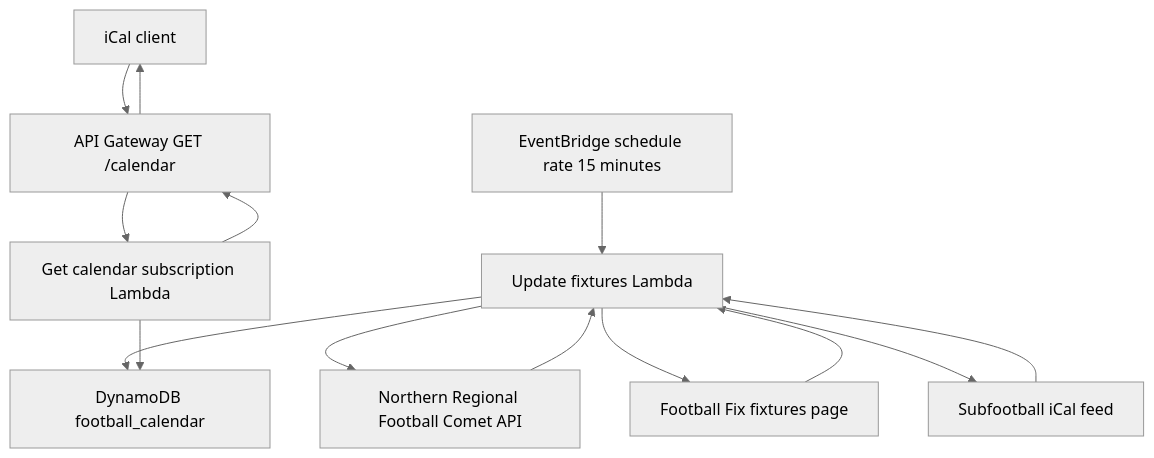
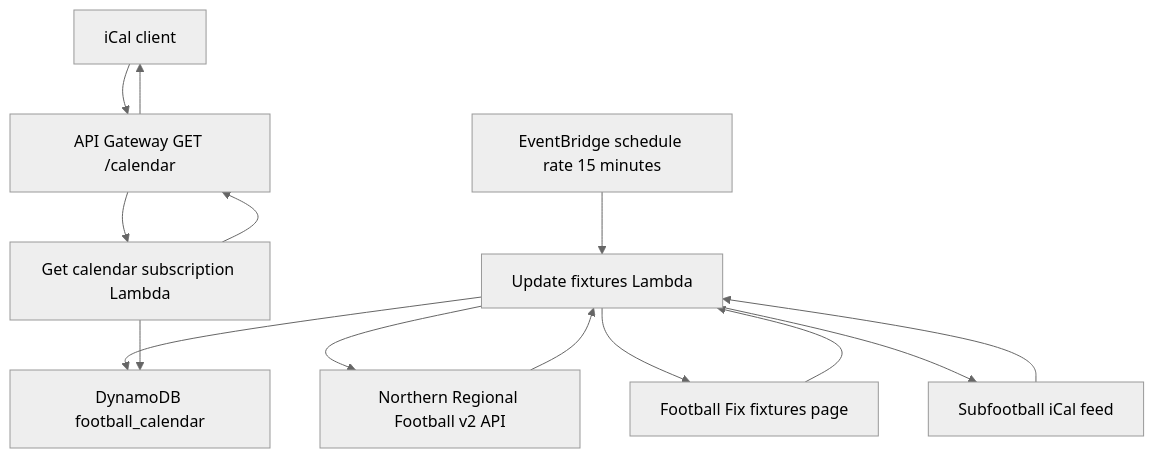
One commit to jordansimsmith/jordansimsmith-com changed the first of 2 diagrams in football_calendar_api/README.md. Above: the diagram before and after it, drawn with Mermaid (neutral theme). The commit also changed other lines of this file and 22 other files, not shown here.

First line of the commit message:
Migrate football calendar NRF integration from Comet API to v2 API

````diff
--- a/football_calendar_api/README.md
+++ b/football_calendar_api/README.md
@@ -38,16 +38,16 @@
 ```mermaid
 flowchart TD
   scheduler[EventBridge schedule rate 15 minutes] --> updateLambda[Update fixtures Lambda]
-  updateLambda --> comet[Northern Regional Football Comet API]
+  updateLambda --> nrf[Northern Regional Football v2 API]
   updateLambda --> footballFix[Football Fix fixtures page]
   updateLambda --> subfootball[Subfootball iCal feed]
-  comet --> updateLambda
+  nrf --> updateLambda
   footballFix --> updateLambda
   subfootball --> updateLambda
   updateLambda --> ddb[DynamoDB football_calendar]
   client[iCal client] --> apiGateway[API Gateway GET /calendar]
   apiGateway --> getLambda[Get calendar subscription Lambda]
   getLambda --> ddb
   getLambda --> apiGateway
   apiGateway --> client
 ```
````
